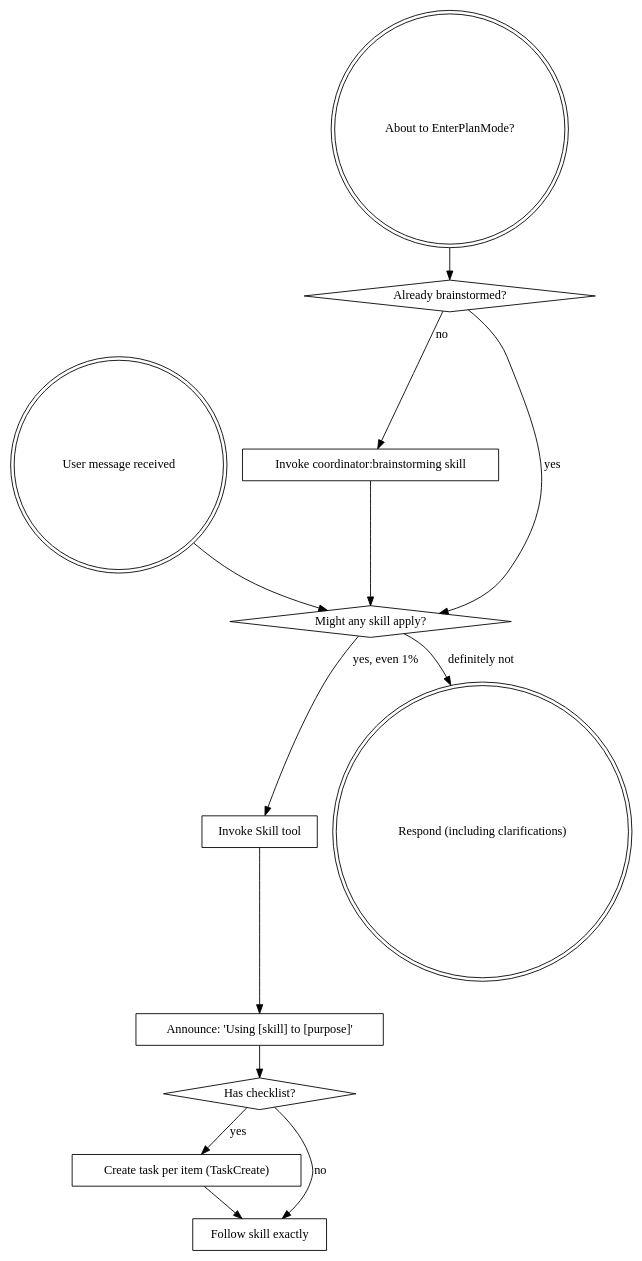
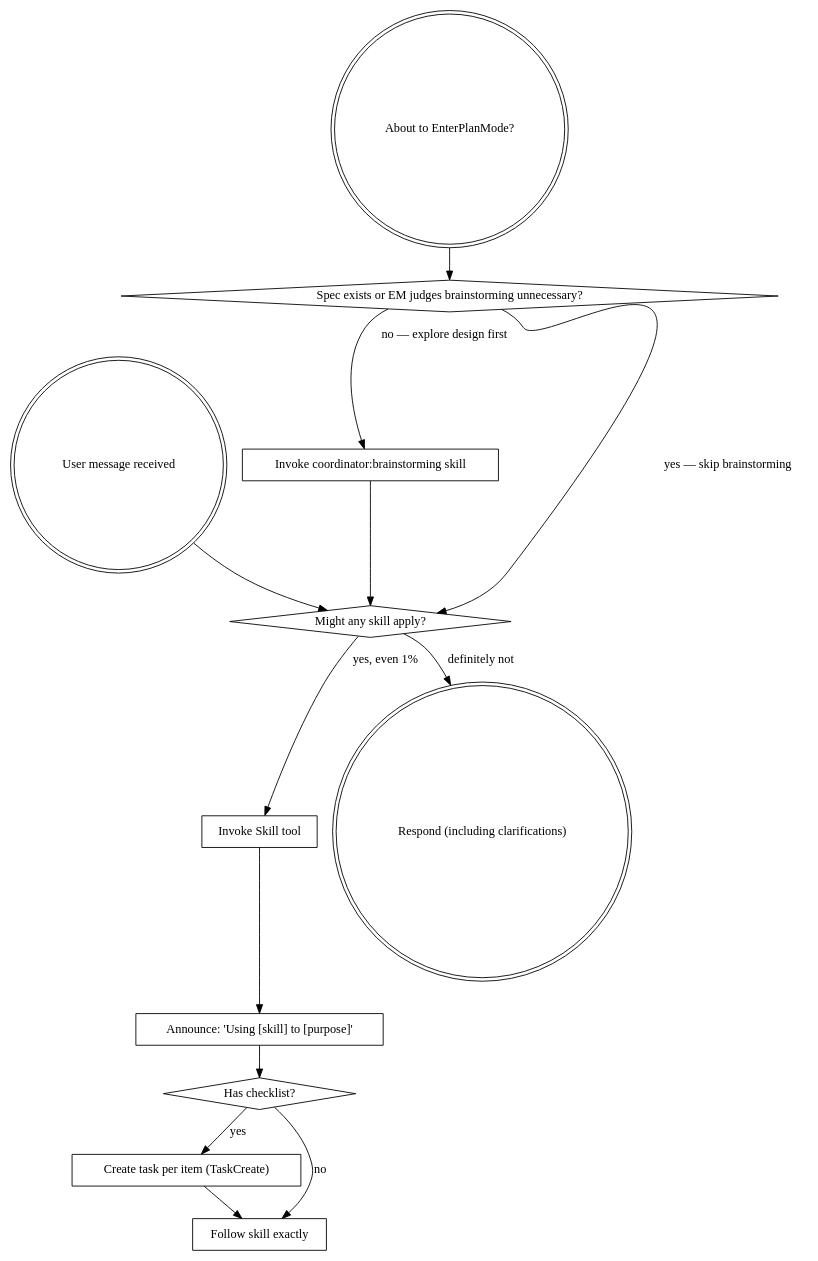
Before and after one commit to oduffy-delphi/coordinator-claude: the diagram in plugins/coordinator/skills/skill-discovery/SKILL.md, drawn with Graphviz. The commit also changed 8 other files, not shown here.

Commit message:
D-032: superpowers conscious uncoupling — independent brainstorming skill, all refs cleaned, v1.3.0

````diff
--- a/plugins/coordinator/skills/skill-discovery/SKILL.md
+++ b/plugins/coordinator/skills/skill-discovery/SKILL.md
@@ -55,29 +55,29 @@
 ```dot
 digraph skill_flow {
     "User message received" [shape=doublecircle];
     "About to EnterPlanMode?" [shape=doublecircle];
-    "Already brainstormed?" [shape=diamond];
+    "Spec exists or EM judges brainstorming unnecessary?" [shape=diamond];
     "Invoke coordinator:brainstorming skill" [shape=box];
     "Might any skill apply?" [shape=diamond];
     "Invoke Skill tool" [shape=box];
     "Announce: 'Using [skill] to [purpose]'" [shape=box];
     "Has checklist?" [shape=diamond];
     "Create task per item (TaskCreate)" [shape=box];
     "Follow skill exactly" [shape=box];
     "Respond (including clarifications)" [shape=doublecircle];
 
-    "About to EnterPlanMode?" -> "Already brainstormed?";
-    "Already brainstormed?" -> "Invoke coordinator:brainstorming skill" [label="no"];
-    "Already brainstormed?" -> "Might any skill apply?" [label="yes"];
+    "About to EnterPlanMode?" -> "Spec exists or EM judges brainstorming unnecessary?";
+    "Spec exists or EM judges brainstorming unnecessary?" -> "Might any skill apply?" [label="yes — skip brainstorming"];
+    "Spec exists or EM judges brainstorming unnecessary?" -> "Invoke coordinator:brainstorming skill" [label="no — explore design first"];
     "Invoke coordinator:brainstorming skill" -> "Might any skill apply?";
 
     "User message received" -> "Might any skill apply?";
     "Might any skill apply?" -> "Invoke Skill tool" [label="yes, even 1%"];
     "Might any skill apply?" -> "Respond (including clarifications)" [label="definitely not"];
     "Invoke Skill tool" -> "Announce: 'Using [skill] to [purpose]'";
     "Announce: 'Using [skill] to [purpose]'" -> "Has checklist?";
     "Has checklist?" -> "Create task per item (TaskCreate)" [label="yes"];
     "Has checklist?" -> "Follow skill exactly" [label="no"];
     "Create task per item (TaskCreate)" -> "Follow skill exactly";
 }
 ```
````
